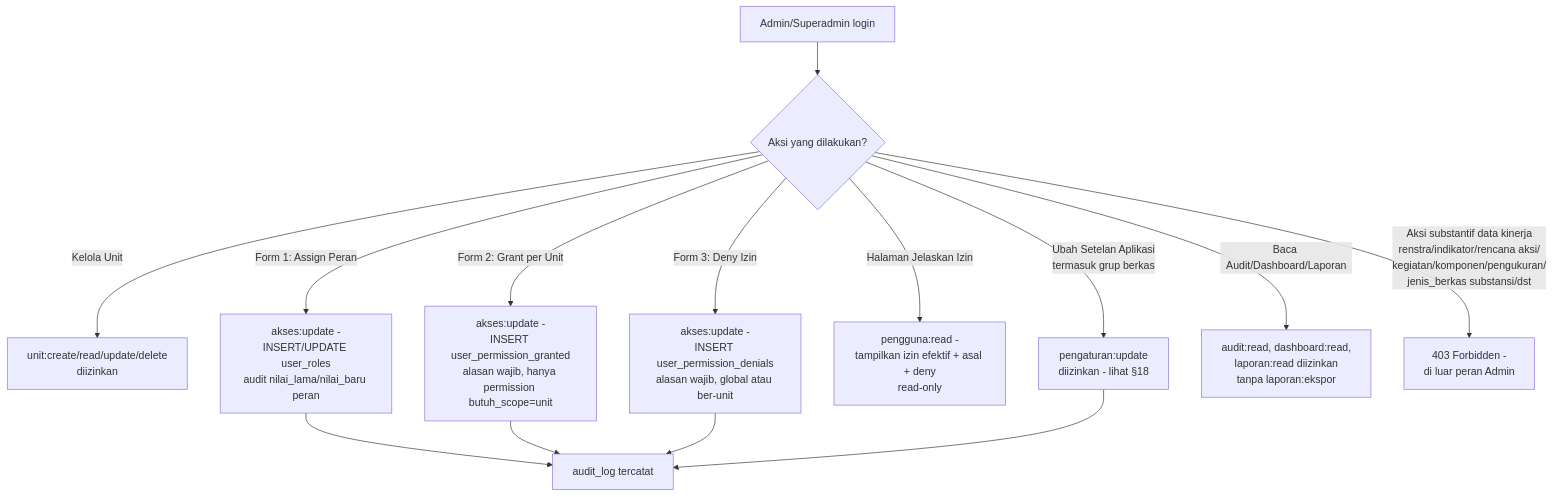
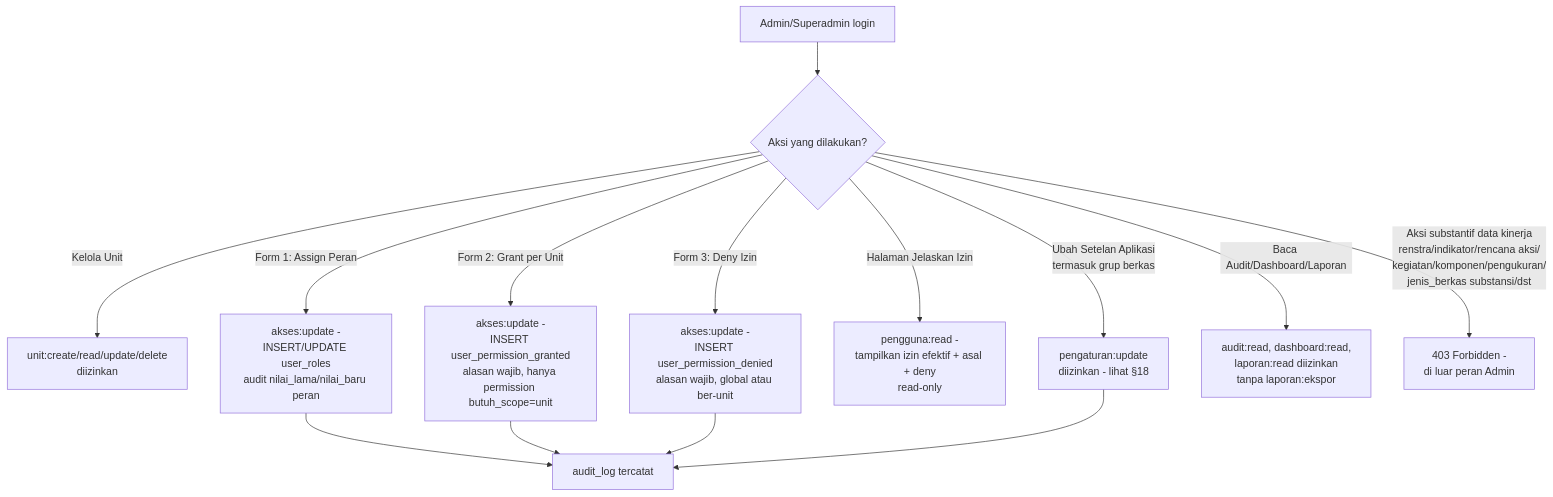
One commit to LLDIKTI-XVI-TEAM/SAKIP changed diagram 22 of 22 in document/SAKIP - Workflow.md. Above: the diagram before and after it, drawn with Mermaid. The commit also changed other lines of this file and 3 other files, not shown here.

First line of the commit message:
docs: rename user_permission_denials to user_permission_denied

````diff
--- a/document/SAKIP - Workflow.md
+++ b/document/SAKIP - Workflow.md
@@ -1736,16 +1736,16 @@
 ```mermaid
 flowchart TD
     A[Admin/Superadmin login] --> B{Aksi yang dilakukan?}
     B -- Kelola Unit --> C[unit:create/read/update/delete\ndiizinkan]
     B -- Form 1: Assign Peran --> D1[akses:update -\nINSERT/UPDATE user_roles\naudit nilai_lama/nilai_baru peran]
     B -- Form 2: Grant per Unit --> D2[akses:update -\nINSERT user_permission_granted\nalasan wajib, hanya permission butuh_scope=unit]
-    B -- Form 3: Deny Izin --> D3[akses:update -\nINSERT user_permission_denials\nalasan wajib, global atau ber-unit]
+    B -- Form 3: Deny Izin --> D3[akses:update -\nINSERT user_permission_denied\nalasan wajib, global atau ber-unit]
     B -- Halaman Jelaskan Izin --> D4[pengguna:read -\ntampilkan izin efektif + asal + deny\nread-only]
     B -- Ubah Setelan Aplikasi\ntermasuk grup berkas --> E[pengaturan:update\ndiizinkan - lihat §18]
     B -- Baca Audit/Dashboard/Laporan --> F[audit:read, dashboard:read,\nlaporan:read diizinkan\ntanpa laporan:ekspor]
     B -- Aksi substantif data kinerja\nrenstra/indikator/rencana aksi/\nkegiatan/komponen/pengukuran/\njenis_berkas substansi/dst --> G[403 Forbidden -\ndi luar peran Admin]
     D1 --> H[audit_log tercatat]
     D2 --> H
     D3 --> H
     E --> H
 ```
````
